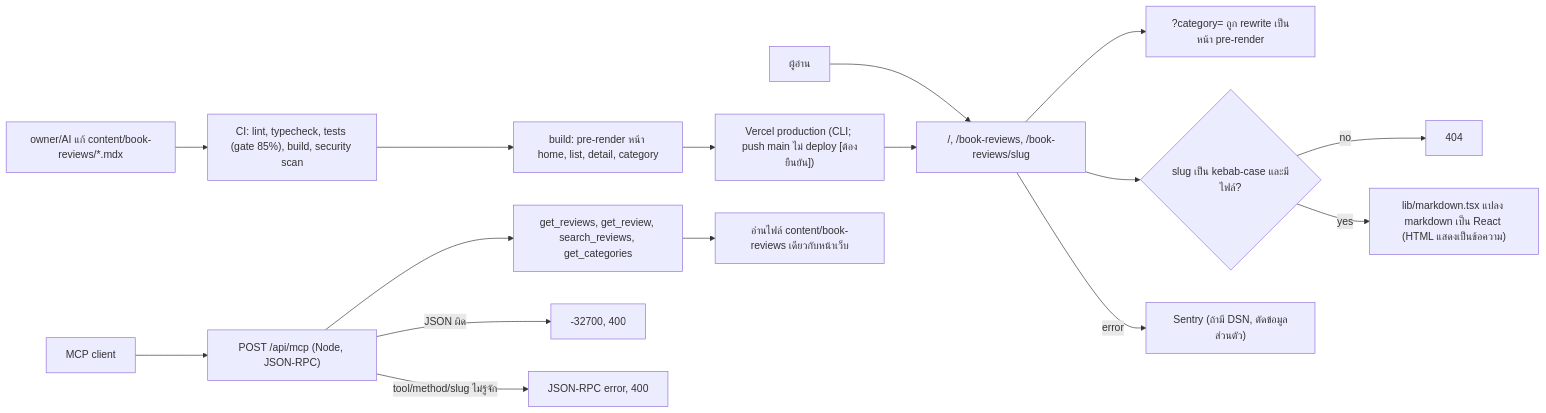
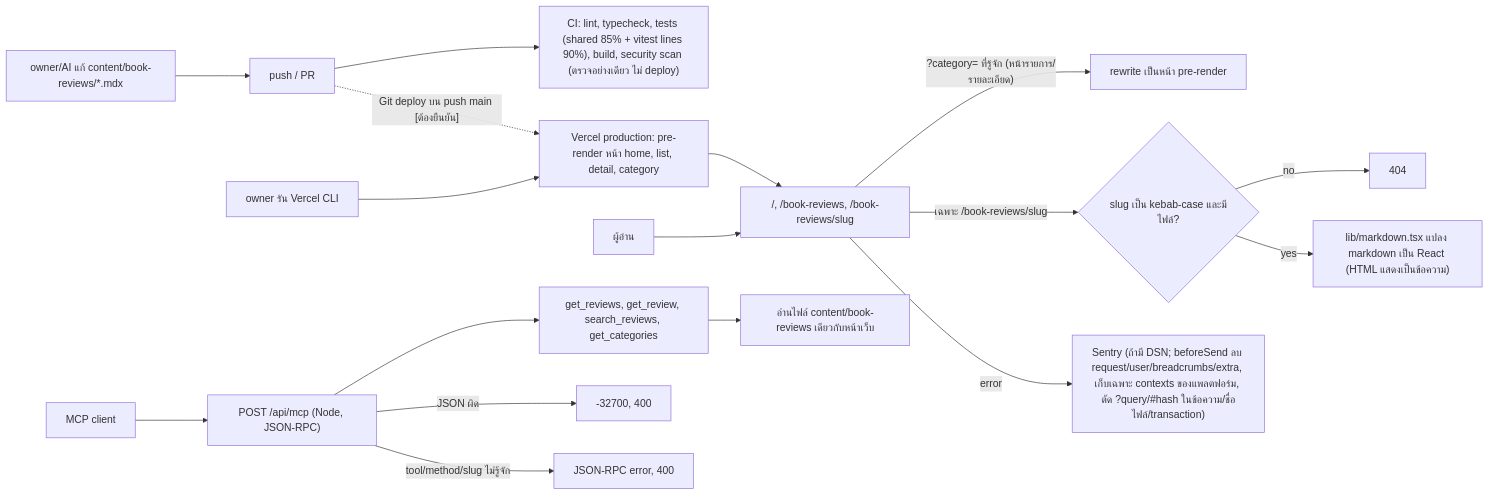
One commit to bookchaowalit-website/content-bookreviews-web changed the diagram in docs/diagrams/01-business-process.md. Above: the diagram before and after it, drawn with Mermaid. The commit also changed other lines of this file, not shown here.

Commit message:
docs: correct As-Is/To-Be facts from review (01-business-process)

````diff
--- a/docs/diagrams/01-business-process.md
+++ b/docs/diagrams/01-business-process.md
@@ -9,18 +9,19 @@
 ```mermaid
 flowchart LR
-  AUTHOR["owner/AI แก้ content/book-reviews/*.mdx"] --> CI["CI: lint, typecheck, tests (gate 85%), build, security scan"]
-  CI --> BUILD["build: pre-render หน้า home, list, detail, category"]
-  BUILD --> DEPLOY["Vercel production (CLI; push main ไม่ deploy [ต้องยืนยัน])"]
+  AUTHOR["owner/AI แก้ content/book-reviews/*.mdx"] --> PR["push / PR"]
+  PR --> CI["CI: lint, typecheck, tests (shared 85% + vitest lines 90%), build, security scan (ตรวจอย่างเดียว ไม่ deploy)"]
+  OWNER["owner รัน Vercel CLI"] --> DEPLOY["Vercel production: pre-render หน้า home, list, detail, category"]
+  PR -.->|"Git deploy บน push main [ต้องยืนยัน]"| DEPLOY
   READER["ผู้อ่าน"] --> PAGES["/, /book-reviews, /book-reviews/slug"]
   DEPLOY --> PAGES
-  PAGES --> CAT["?category= ถูก rewrite เป็นหน้า pre-render"]
-  PAGES --> SLUG{"slug เป็น kebab-case และมีไฟล์?"}
+  PAGES -->|"?category= ที่รู้จัก (หน้ารายการ/รายละเอียด)"| CAT["rewrite เป็นหน้า pre-render"]
+  PAGES -->|"เฉพาะ /book-reviews/slug"| SLUG{"slug เป็น kebab-case และมีไฟล์?"}
   SLUG -->|no| NF["404"]
   SLUG -->|yes| MD["lib/markdown.tsx แปลง markdown เป็น React (HTML แสดงเป็นข้อความ)"]
-  PAGES -->|error| SENTRY["Sentry (ถ้ามี DSN, ตัดข้อมูลส่วนตัว)"]
+  PAGES -->|error| SENTRY["Sentry (ถ้ามี DSN; beforeSend ลบ request/user/breadcrumbs/extra, เก็บเฉพาะ contexts ของแพลตฟอร์ม, ตัด ?query/#hash ในข้อความ/ชื่อไฟล์/transaction)"]
   CLIENT["MCP client"] --> MCP["POST /api/mcp (Node, JSON-RPC)"]
   MCP --> TOOLS["get_reviews, get_review, search_reviews, get_categories"]
   MCP -->|"JSON ผิด"| E1["-32700, 400"]
   MCP -->|"tool/method/slug ไม่รู้จัก"| E2["JSON-RPC error, 400"]
   TOOLS --> FILES["อ่านไฟล์ content/book-reviews เดียวกับหน้าเว็บ"]
 ```
````
